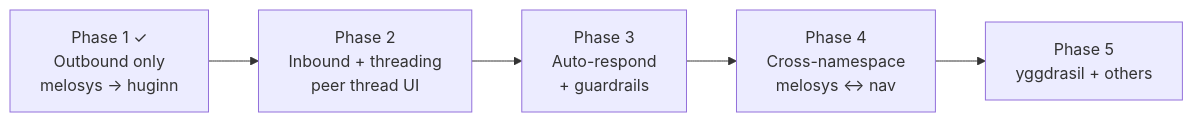
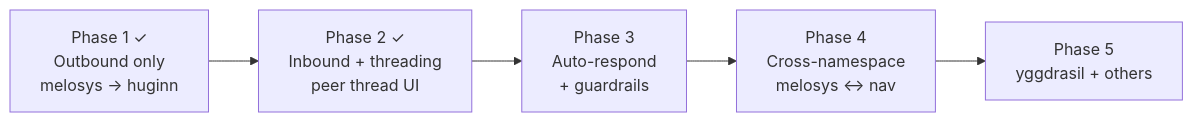
One commit to RuneLind/muninn changed the fifth of 5 diagrams in docs/hivemind-integration-plan.md. Above: the diagram before and after it, drawn with Mermaid. The commit also changed other lines of this file, not shown here.

First line of the commit message:
Mark Phase 2 done in hivemind plan doc

````diff
--- a/docs/hivemind-integration-plan.md
+++ b/docs/hivemind-integration-plan.md
@@ -284,7 +284,7 @@
 ```mermaid
 graph LR
-    P1[Phase 1 ✓<br/>Outbound only<br/>melosys → huginn] --> P2[Phase 2<br/>Inbound + threading<br/>peer thread UI]
+    P1[Phase 1 ✓<br/>Outbound only<br/>melosys → huginn] --> P2[Phase 2 ✓<br/>Inbound + threading<br/>peer thread UI]
     P2 --> P3[Phase 3<br/>Auto-respond<br/>+ guardrails]
     P3 --> P4[Phase 4<br/>Cross-namespace<br/>melosys ↔ nav]
     P4 --> P5[Phase 5<br/>yggdrasil + others]
 ```
````
